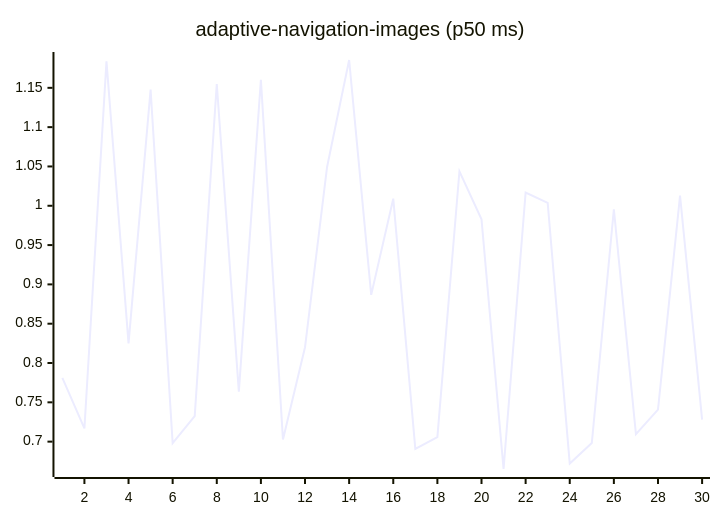
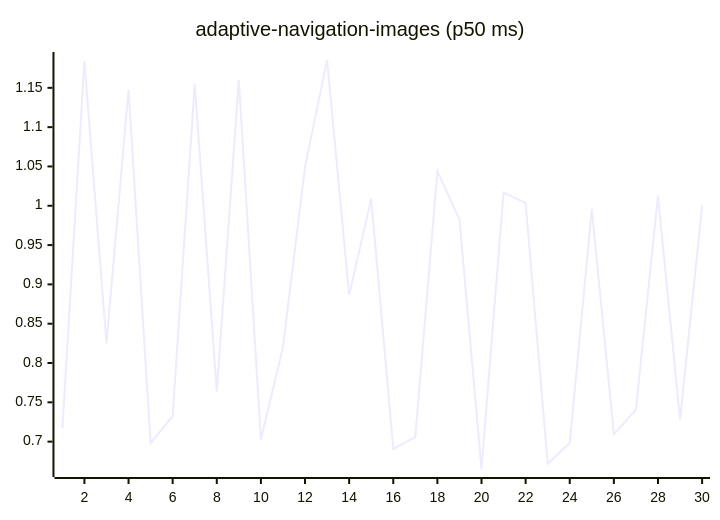
Before and after one commit to josha/Facet: the first of 27 diagrams in README.md, drawn with Mermaid. The commit also changed other lines of this file and 2 other files, not shown here.

````diff
--- a/README.md
+++ b/README.md
@@ -63,6 +63,6 @@
 ```mermaid
 xychart-beta
     title "adaptive-navigation-images (p50 ms)"
     x-axis 1 --> 30
-    line [0.7812, 0.7168, 1.1836, 0.8250, 1.1478, 0.6980, 0.7325, 1.1549, 0.7635, 1.1603, 0.7028, 0.8201, 1.0494, 1.1854, 0.8867, 1.0090, 0.6909, 0.7058, 1.0439, 0.9829, 0.6652, 1.0169, 1.0037, 0.6721, 0.6983, 0.9956, 0.7094, 0.7407, 1.0129, 0.7280]
+    line [0.7168, 1.1836, 0.8250, 1.1478, 0.6980, 0.7325, 1.1549, 0.7635, 1.1603, 0.7028, 0.8201, 1.0494, 1.1854, 0.8867, 1.0090, 0.6909, 0.7058, 1.0439, 0.9829, 0.6652, 1.0169, 1.0037, 0.6721, 0.6983, 0.9956, 0.7094, 0.7407, 1.0129, 0.7280, 1.0000]
 ```
````
